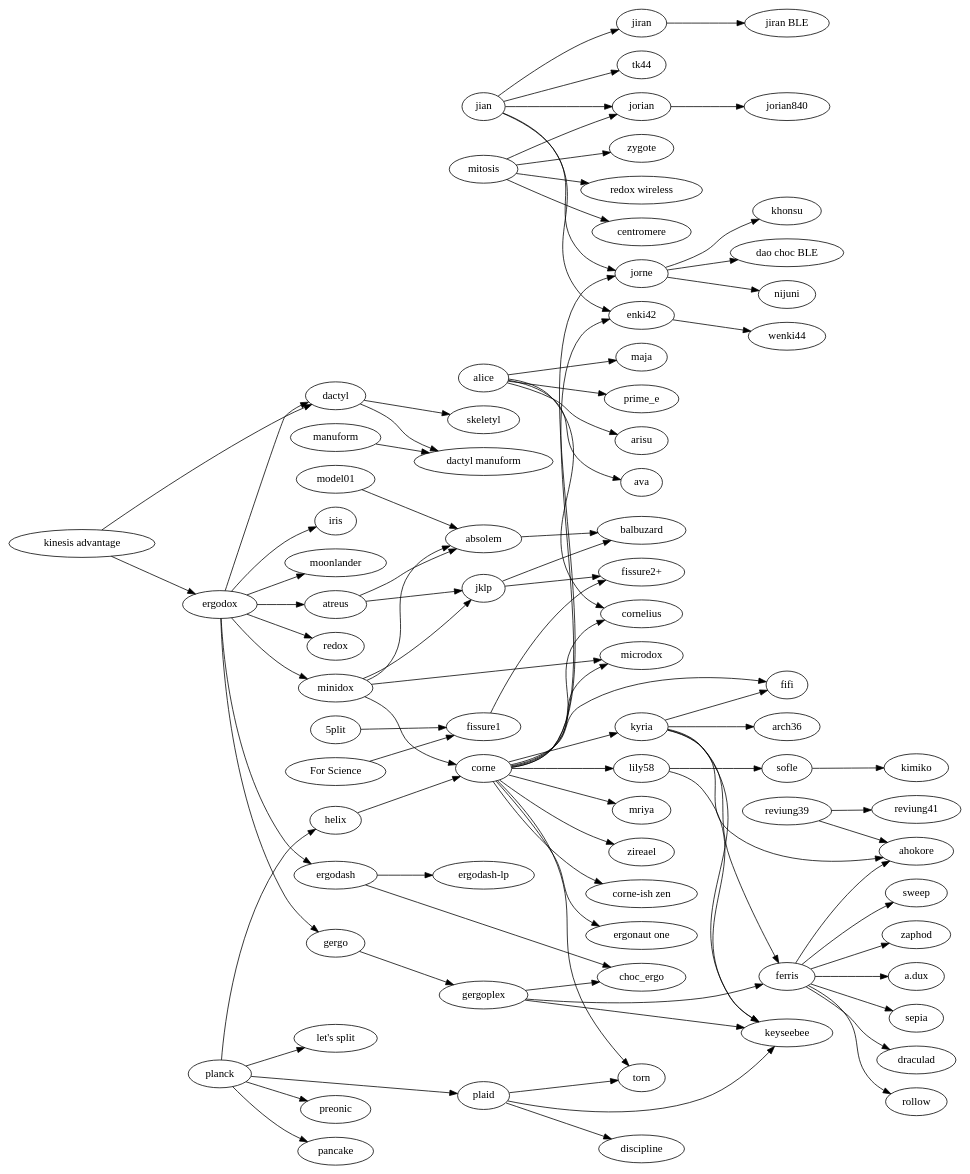
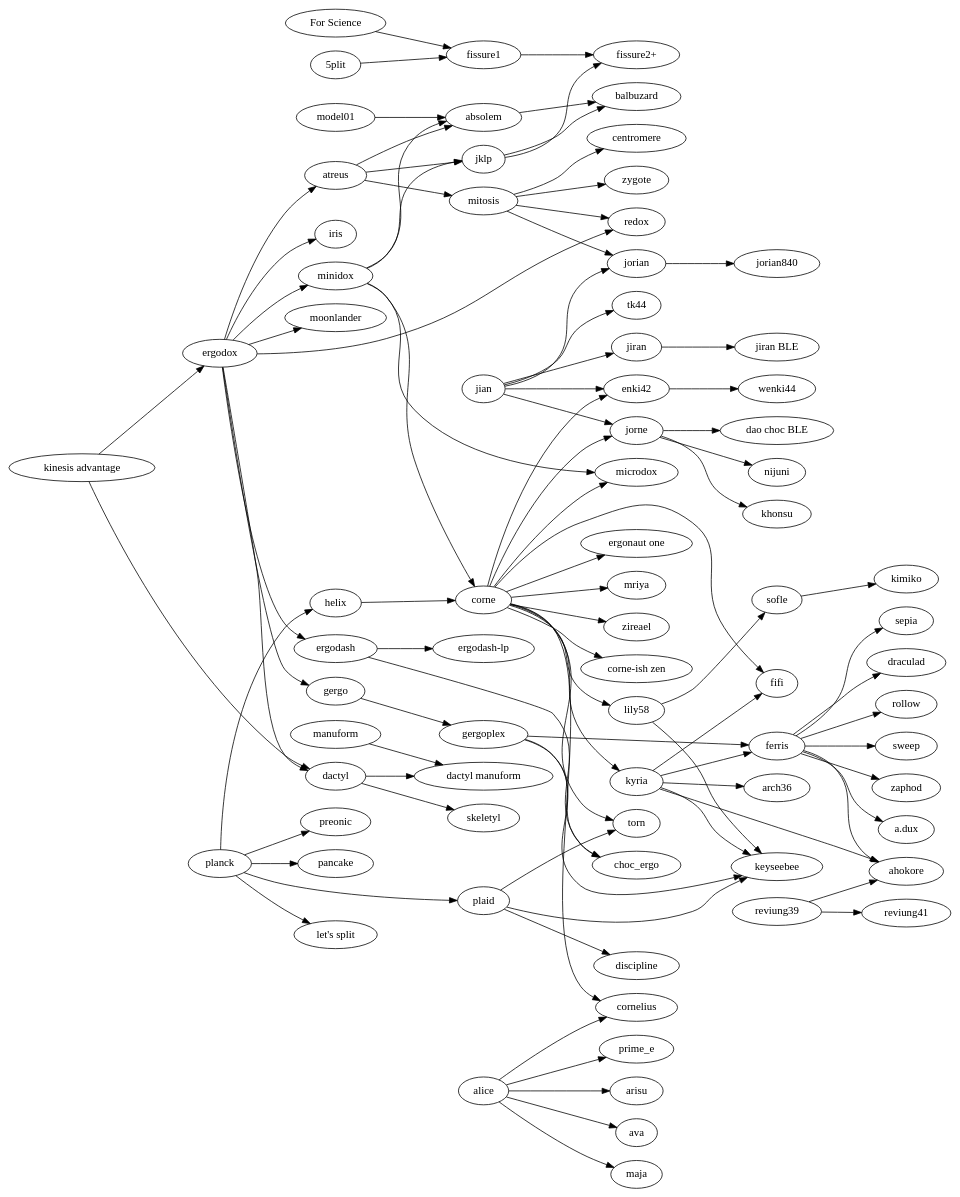
One commit to joric/graph changed the diagram in tree.gv. Above: the diagram before and after it, drawn with Graphviz.

```diff
--- a/tree.gv
+++ b/tree.gv
@@ -1,162 +1,163 @@
 digraph {
   rankdir=LR;
 
   subgraph splits {
     helix -> corne;
     enki42->wenki44;
     jiran->"jiran BLE";
     jorian->jorian840;
+    atreus->mitosis;
 
     jian -> {
       jorian;
       jorne;
       jiran;
       enki42;
       tk44;
     }
 
     jorne -> {
       nijuni;
       khonsu;
       "dao choc BLE";
     }
 
     mitosis -> {
-      "redox wireless";
+      redox;
       centromere;
       zygote;
       jorian;
     }
 
     corne -> {
       "corne-ish zen";
       cornelius;
       fifi;
       kyria;
       lily58;
       microdox;
       torn;
       jorne;
       "ergonaut one";
       mriya;
       zireael;
       enki42;
     };
 
     lily58 -> {
       keyseebee;
       sofle;
     };
 
     kyria -> {
         ahokore;
         arch36;
         ferris;
         fifi;
         keyseebee;
     };
 
     "kinesis advantage" -> {
       ergodox;
       dactyl;
     };
 
     ergodox -> {
       atreus;
       dactyl;
       ergodash;
       gergo;
       iris;
       minidox;
       moonlander;
       redox;
     };
 
     ergodash -> {
       "ergodash-lp";
       choc_ergo;
     };
 
     gergo -> gergoplex;
     gergoplex -> {
       choc_ergo;
       ferris;
       keyseebee;
     };
 
     ferris -> {
       ahokore;
       sepia;
       draculad;
       rollow;
       sweep;
       zaphod;
       "a.dux";
     };
 
     manuform -> "dactyl manuform";
 
     minidox -> {
       absolem;
       corne;
       microdox;
       jklp;
     };
 
     model01 -> {
       absolem;
     };
 
     sofle -> kimiko;
 
     "5plit" -> "fissure1";
     "For Science" -> "fissure1";
     fissure1 -> "fissure2+";
     jklp -> "fissure2+";
   }
 
   subgraph unibody {
     atreus -> {
       absolem;
       jklp;
     };
     jklp -> balbuzard;
     absolem -> balbuzard;
     reviung39 -> {
       ahokore;
       reviung41;
     };
   };
 
   subgraph ortholinear {
     plaid -> {
       discipline;
       keyseebee;
       torn;
     };
     planck -> {
       helix;
       "let's split";
       plaid;
       preonic;
       pancake;
     };
   }
 
   subgraph {
     dactyl -> {
       "dactyl manuform";
       skeletyl;
     }
   }
 
   subgraph alicefamily {
     alice -> {
       arisu;
       ava;
       cornelius;
       maja;
       prime_e;
     }
   }
 }
```
